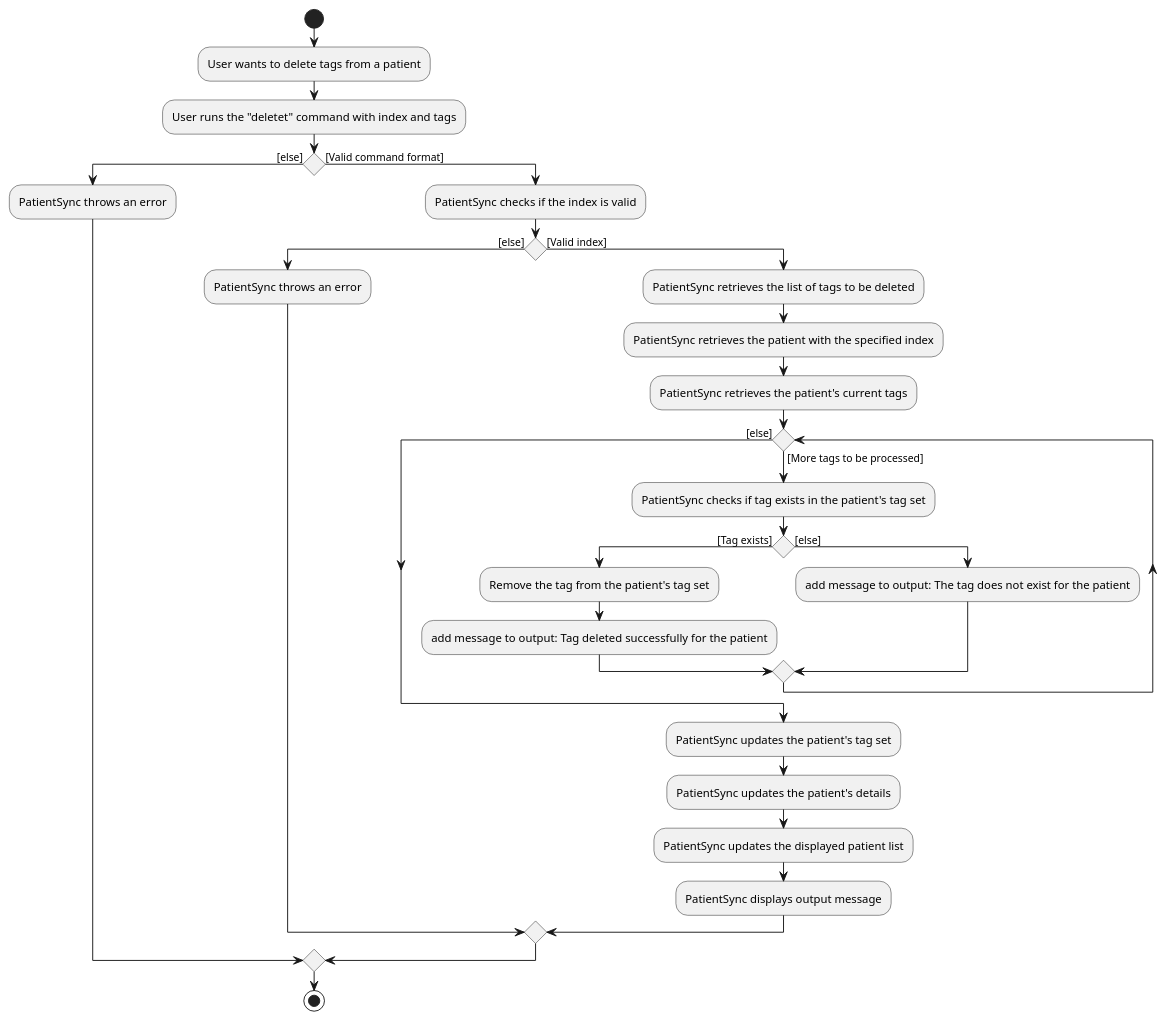
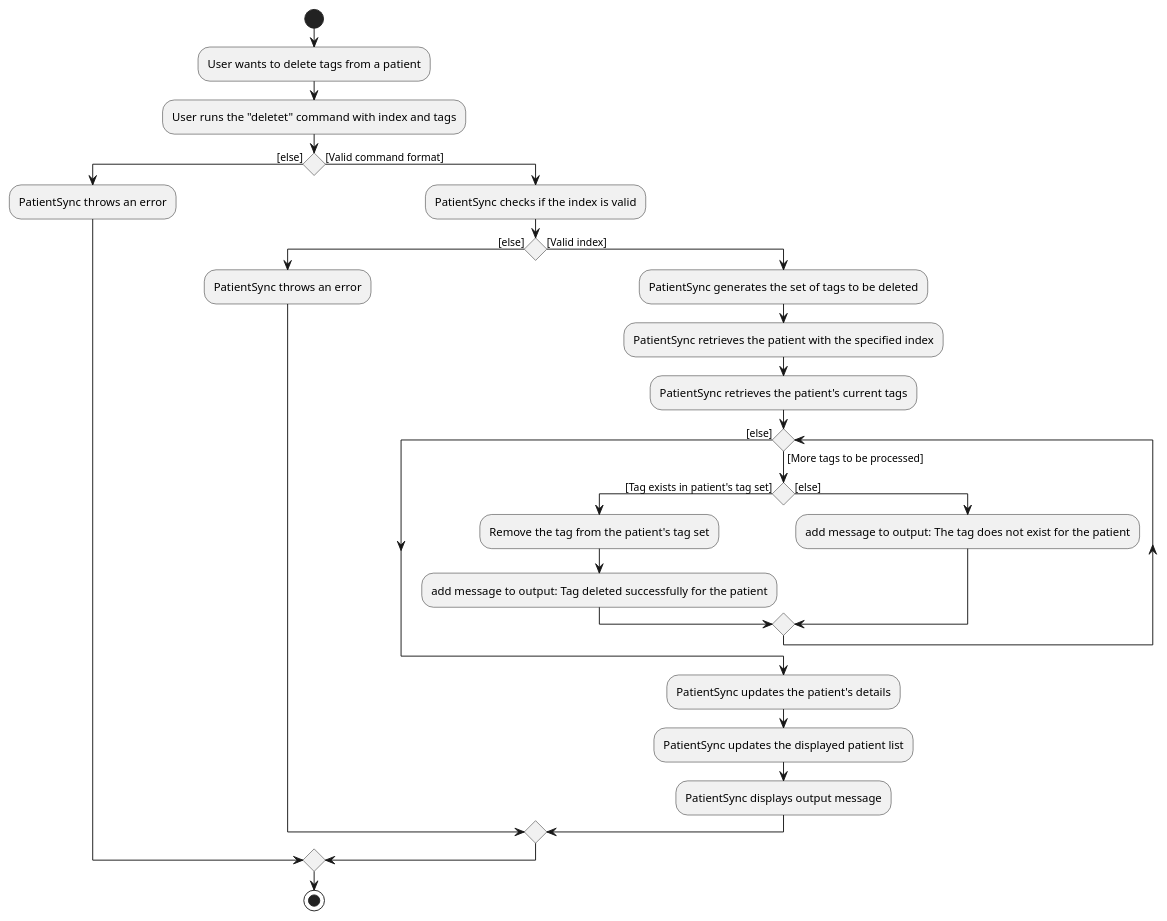
The diagram in docs/diagrams/DeleteTagsActivityDiagram.puml (nus-cs2103-AY2324S2/tp), drawn with PlantUML before and after one commit. The commit also changed 1 other file, not shown here.

Commit message:
Change to Activity Diagram for Addtags and DeleteTags

```diff
--- a/docs/diagrams/DeleteTagsActivityDiagram.puml
+++ b/docs/diagrams/DeleteTagsActivityDiagram.puml
@@ -1,31 +1,29 @@
 @startuml
 start
 :User wants to delete tags from a patient;
 :User runs the "deletet" command with index and tags;
 if () then ([else])
     :PatientSync throws an error;
 else ([Valid command format])
     :PatientSync checks if the index is valid;
     if () then ([else])
         :PatientSync throws an error;
     else ([Valid index])
-        :PatientSync retrieves the list of tags to be deleted;
+        :PatientSync generates the set of tags to be deleted;
         :PatientSync retrieves the patient with the specified index;
         :PatientSync retrieves the patient's current tags;
         while () is ([More tags to be processed])
-            :PatientSync checks if tag exists in the patient's tag set;
-            if () then ([Tag exists])
+            if () then ([Tag exists in patient's tag set])
                 :Remove the tag from the patient's tag set;
                 :add message to output: Tag deleted successfully for the patient;
             else ([else])
                 :add message to output: The tag does not exist for the patient;
             endif
         endwhile ([else])
-        :PatientSync updates the patient's tag set;
         :PatientSync updates the patient's details;
         :PatientSync updates the displayed patient list;
         :PatientSync displays output message;
     endif
 endif
 stop
 @enduml
```
